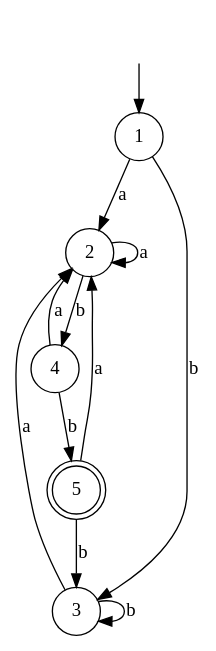
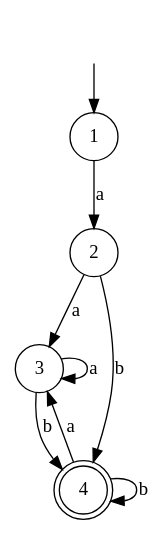
One commit to ihewro/qt-lexical-analyzer changed the diagram in dots/dfa.dot. Above: the diagram before and after it, drawn with Graphviz. The commit also changed 7 other files, not shown here.

```diff
--- a/dots/dfa.dot
+++ b/dots/dfa.dot
@@ -1,20 +1,16 @@
 digraph G{
     ""[shape=none]
     "1"[shape=circle]
     "2"[shape=circle]
     "3"[shape=circle]
-    "4"[shape=circle]
-    "5"[shape=doublecircle]
+    "4"[shape=doublecircle]
 
     ""->"1"
     "1" -> "2"[label="a"]
-    "1" -> "3"[label="b"]
-    "2" -> "2"[label="a"]
+    "2" -> "3"[label="a"]
     "2" -> "4"[label="b"]
-    "3" -> "2"[label="a"]
-    "3" -> "3"[label="b"]
-    "4" -> "2"[label="a"]
-    "4" -> "5"[label="b"]
-    "5" -> "2"[label="a"]
-    "5" -> "3"[label="b"]
+    "3" -> "3"[label="a"]
+    "3" -> "4"[label="b"]
+    "4" -> "3"[label="a"]
+    "4" -> "4"[label="b"]
 }
```
